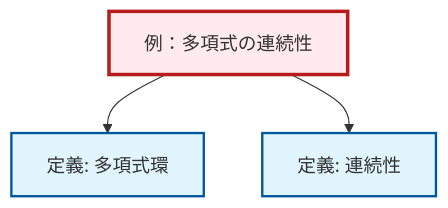
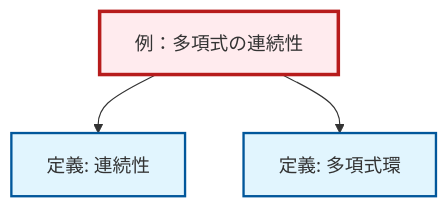
Before and after one commit to RK0429/ModernMath: the diagram in content/ja/analysis/ex-polynomial-continuity.qmd, drawn with Mermaid. The commit also changed 672 other files, not shown here.

````diff
--- a/content/ja/analysis/ex-polynomial-continuity.qmd
+++ b/content/ja/analysis/ex-polynomial-continuity.qmd
@@ -58,17 +58,17 @@
 ```{mermaid}
-%%| fig-cap: "Local dependency graph"
+%%| fig-cap: "ローカル依存関係グラフ"
 graph TD
     classDef definition fill:#e1f5fe,stroke:#01579b,stroke-width:2px
     classDef theorem fill:#f3e5f5,stroke:#4a148c,stroke-width:2px
     classDef axiom fill:#fff3e0,stroke:#e65100,stroke-width:2px
     classDef example fill:#e8f5e9,stroke:#1b5e20,stroke-width:2px
     classDef current fill:#ffebee,stroke:#b71c1c,stroke-width:3px
     def-continuity["定義: 連続性"]:::definition
+    ex-polynomial-continuity["例：多項式の連続性"]:::example
     def-polynomial-ring["定義: 多項式環"]:::definition
-    ex-polynomial-continuity["例：多項式の連続性"]:::example
+    ex-polynomial-continuity --> def-continuity
     ex-polynomial-continuity --> def-polynomial-ring
-    ex-polynomial-continuity --> def-continuity
     class ex-polynomial-continuity current
     click def-continuity "def-continuity.html" "連続性の定義へ"
     click def-polynomial-ring "def-polynomial-ring.html" "多項式環の定義へ"
 ```
````
